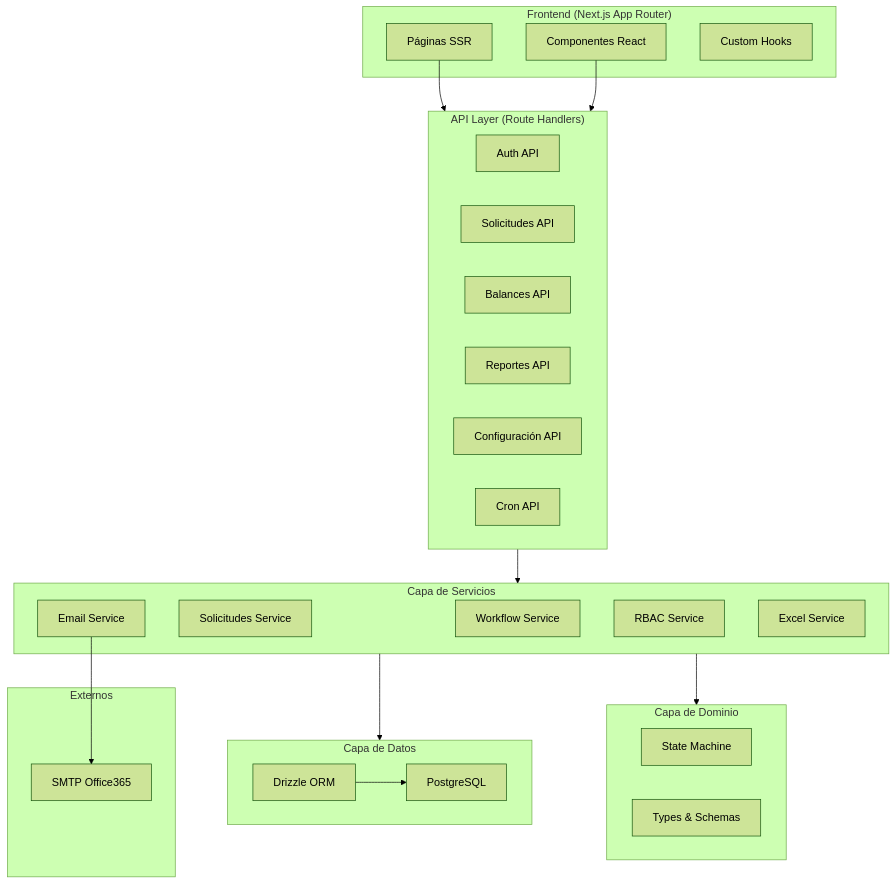
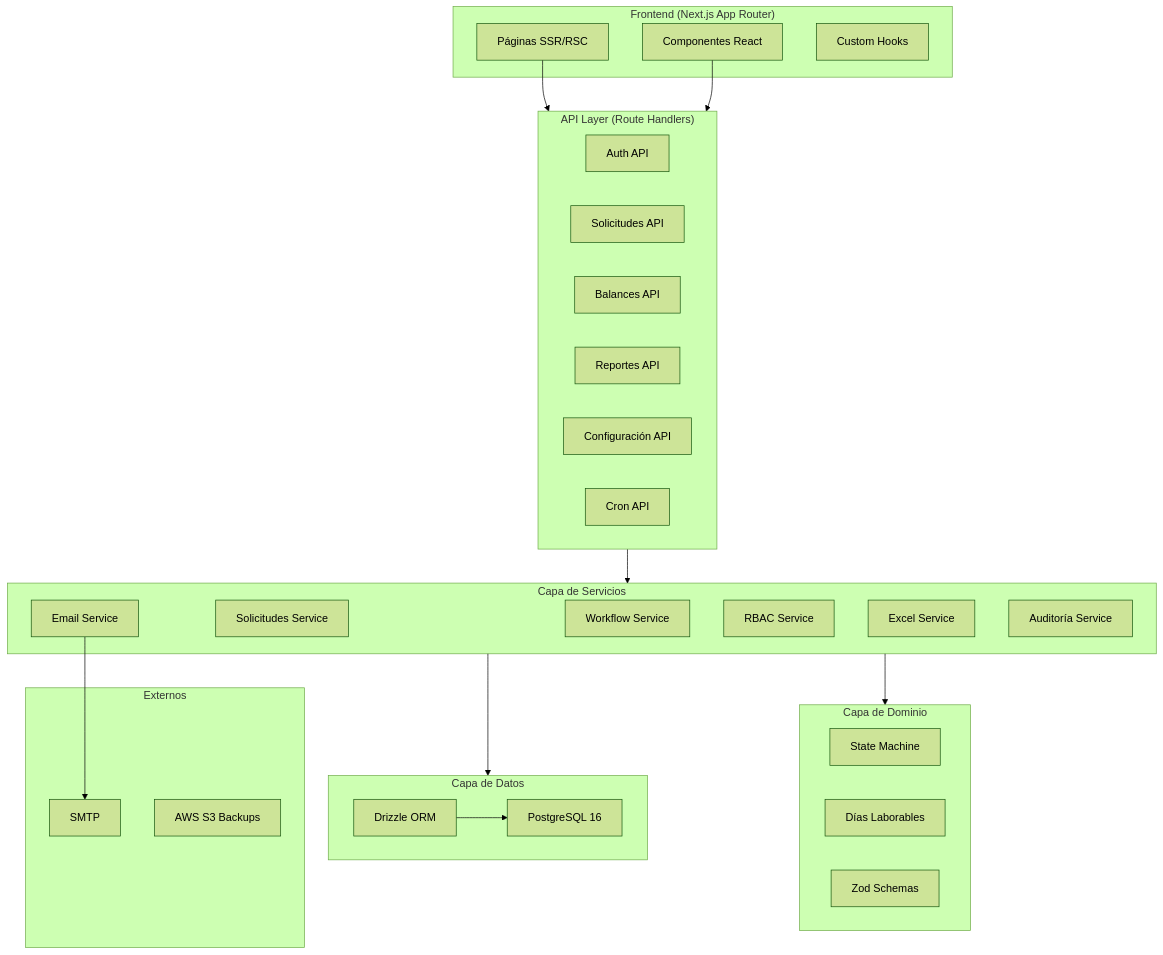
Before and after one commit to luis14mc/gestion-vacaciones: the first of 3 diagrams in MANUAL_TECNICO.md, drawn with Mermaid (forest theme). The commit also changed other lines of this file and 5 other files, not shown here.

````diff
--- a/MANUAL_TECNICO.md
+++ b/MANUAL_TECNICO.md
@@ -30,47 +34,50 @@
 ```mermaid
 graph TB
     subgraph Frontend["Frontend (Next.js App Router)"]
-        Pages["Páginas SSR"]
+        Pages["Páginas SSR/RSC"]
         Components["Componentes React"]
         Hooks["Custom Hooks"]
     end
     
     subgraph API["API Layer (Route Handlers)"]
         Auth["Auth API"]
         Sol["Solicitudes API"]
         Bal["Balances API"]
         Rep["Reportes API"]
         Conf["Configuración API"]
         Cron["Cron API"]
     end
     
     subgraph Services["Capa de Servicios"]
         WF["Workflow Service"]
         SolSvc["Solicitudes Service"]
         EmailSvc["Email Service"]
         RBACSvc["RBAC Service"]
         ExcelSvc["Excel Service"]
+        AuditSvc["Auditoría Service"]
     end
     
     subgraph Domain["Capa de Dominio"]
         SM["State Machine"]
-        Types["Types & Schemas"]
+        LaborDays["Días Laborables"]
+        Schemas["Zod Schemas"]
     end
     
     subgraph Data["Capa de Datos"]
         Drizzle["Drizzle ORM"]
-        PG["PostgreSQL"]
+        PG["PostgreSQL 16"]
     end
     
     subgraph External["Externos"]
-        SMTP["SMTP Office365"]
+        SMTP["SMTP"]
+        S3["AWS S3 Backups"]
     end
     
     Pages --> API
     Components --> API
     API --> Services
     Services --> Domain
     Services --> Data
     EmailSvc --> SMTP
     Drizzle --> PG
 ```
````
